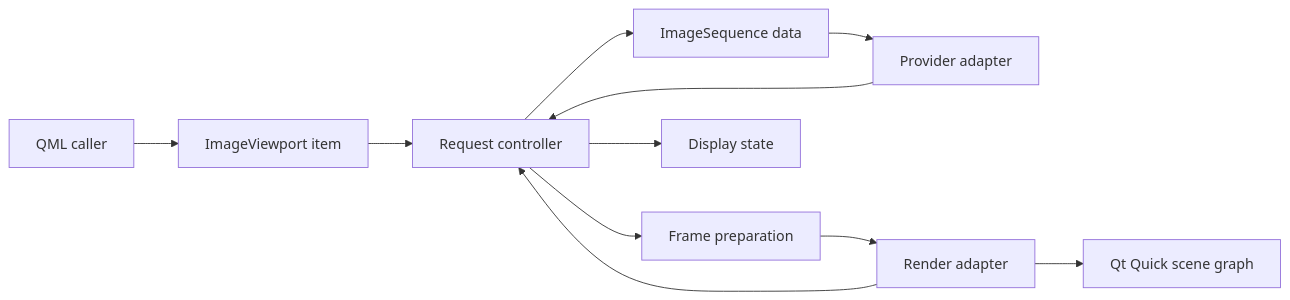
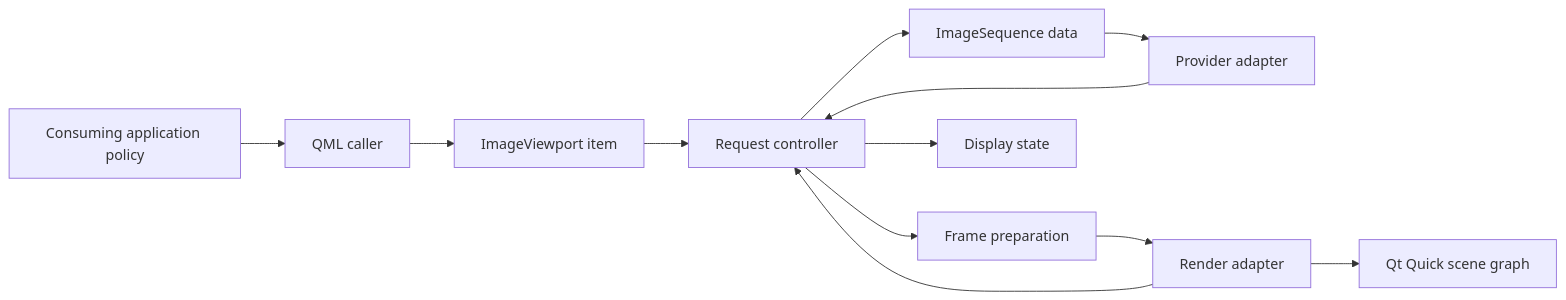
The diagram in docs/architecture/subsystem-boundaries.md (hnjae/kiriview), drawn with Mermaid before and after one commit. The commit also changed other lines of this file and 8 other files, not shown here.

````diff
--- a/docs/architecture/subsystem-boundaries.md
+++ b/docs/architecture/subsystem-boundaries.md
@@ -5,13 +5,14 @@
 ```mermaid
 flowchart LR
-    QML[QML caller] --> Item[ImageViewport item]
+    Policy[Consuming application policy] --> QML[QML caller]
+    QML --> Item[ImageViewport item]
     Item --> Controller[Request controller]
     Controller --> Sequence[ImageSequence data]
     Sequence --> Provider[Provider adapter]
     Provider --> Controller
     Controller --> Prepare[Frame preparation]
     Controller --> Display[Display state]
     Prepare --> Render[Render adapter]
     Render --> SceneGraph[Qt Quick scene graph]
     Render --> Controller
 ```
````
